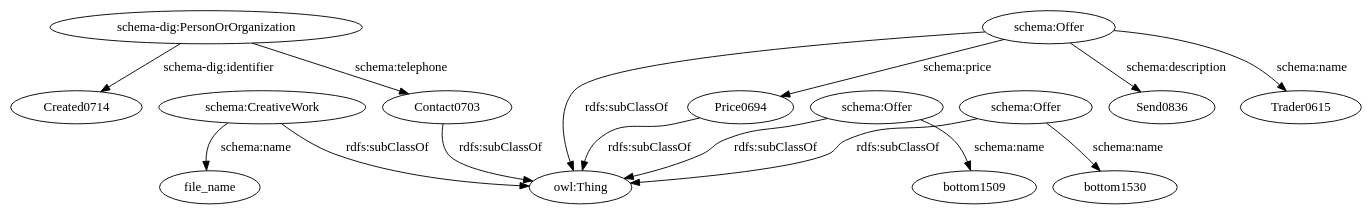
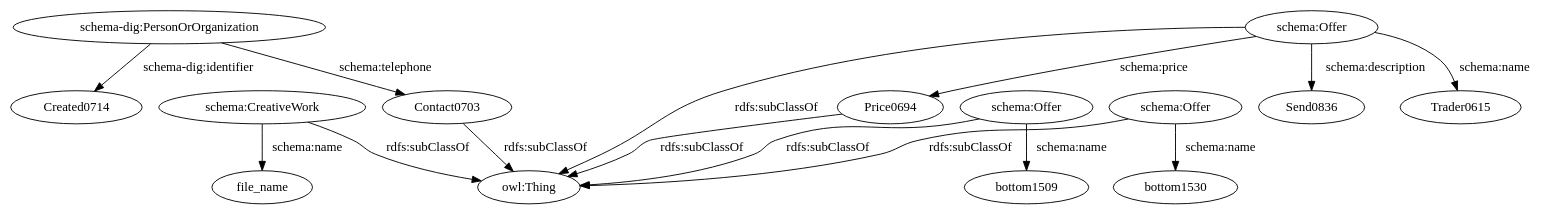
One commit to giuseppefutia/semi changed the diagram in data/taheriyan2016/task_04/semantic_models/plausibles/dot/elpasoguntrader.dot. Above: the diagram before and after it, drawn with Graphviz. The commit also changed 89 other files, not shown here.

```diff
--- a/data/taheriyan2016/task_04/semantic_models/plausibles/dot/elpasoguntrader.dot
+++ b/data/taheriyan2016/task_04/semantic_models/plausibles/dot/elpasoguntrader.dot
@@ -1,30 +1,30 @@
 digraph {
   Created0714 [type=attribute_name,label=Created0714]
   "schema-dig:PersonOrOrganization1" [type=class_uri,label="schema-dig:PersonOrOrganization"]
   Contact0703 [type=attribute_name,label=Contact0703]
   file_name [type=attribute_name,label=file_name]
   "schema:CreativeWork1" [type=class_uri,label="schema:CreativeWork"]
   Send0836 [type=attribute_name,label=Send0836]
   "schema:Offer1" [type=class_uri,label="schema:Offer"]
   Trader0615 [type=attribute_name,label=Trader0615]
   Price0694 [type=attribute_name,label=Price0694]
   bottom1509 [type=attribute_name,label=bottom1509]
   "schema:Offer2" [type=class_uri,label="schema:Offer"]
   bottom1530 [type=attribute_name,label=bottom1530]
   "schema:Offer3" [type=class_uri,label="schema:Offer"]
   "owl:Thing" [type=special,label="owl:Thing"]
   "schema-dig:PersonOrOrganization1" -> Created0714 [label="schema-dig:identifier",type=st_property_uri]
   "schema-dig:PersonOrOrganization1" -> Contact0703 [label="schema:telephone",type=st_property_uri]
   "schema:CreativeWork1" -> file_name [label="schema:name",type=st_property_uri]
   "schema:Offer1" -> Send0836 [label="schema:description",type=st_property_uri]
   "schema:Offer1" -> Trader0615 [label="schema:name",type=st_property_uri]
   "schema:Offer1" -> Price0694 [label="schema:price",type=st_property_uri]
   "schema:Offer2" -> bottom1509 [label="schema:name",type=st_property_uri]
   "schema:Offer3" -> bottom1530 [label="schema:name",type=st_property_uri]
-  Contact0703 -> "owl:Thing" [label="rdfs:subClassOf",type=inherited]
-  "schema:CreativeWork1" -> "owl:Thing" [label="rdfs:subClassOf",type=inherited]
-  Price0694 -> "owl:Thing" [label="rdfs:subClassOf",type=inherited]
-  "schema:Offer1" -> "owl:Thing" [label="rdfs:subClassOf",type=inherited]
-  "schema:Offer2" -> "owl:Thing" [label="rdfs:subClassOf",type=inherited]
-  "schema:Offer3" -> "owl:Thing" [label="rdfs:subClassOf",type=inherited]
+  Contact0703 -> "owl:Thing" [label="rdfs:subClassOf",type=inherited,weight=0.3333333333333333]
+  "schema:CreativeWork1" -> "owl:Thing" [label="rdfs:subClassOf",type=inherited,weight=0.3333333333333333]
+  Price0694 -> "owl:Thing" [label="rdfs:subClassOf",type=inherited,weight=0.3333333333333333]
+  "schema:Offer1" -> "owl:Thing" [label="rdfs:subClassOf",type=inherited,weight=0.3333333333333333]
+  "schema:Offer2" -> "owl:Thing" [label="rdfs:subClassOf",type=inherited,weight=0.3333333333333333]
+  "schema:Offer3" -> "owl:Thing" [label="rdfs:subClassOf",type=inherited,weight=0.3333333333333333]
 }
```
